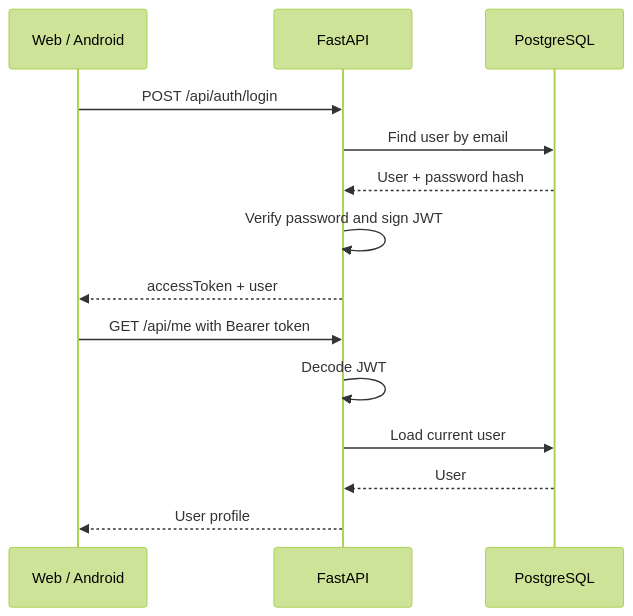
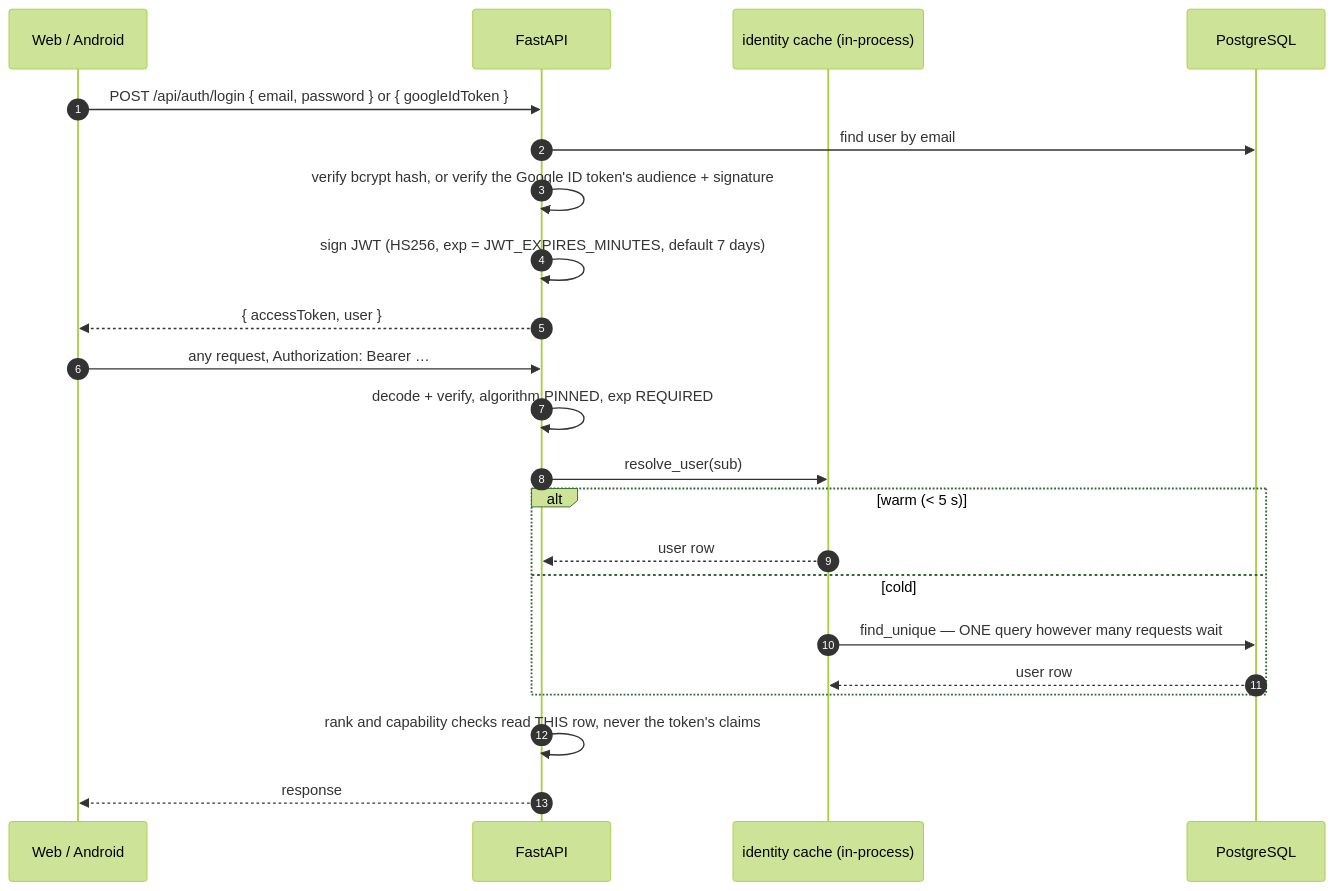
Before and after one commit to cxacraftecosystem-ui/documentation-portal: the fifth of 13 diagrams in docs/ARCHITECTURE.md, drawn with Mermaid (forest theme). The commit also changed other lines of this file and 278 other files, not shown here.

````diff
--- a/docs/ARCHITECTURE.md
+++ b/docs/ARCHITECTURE.md
@@ -53,17 +218,26 @@
 ```mermaid
 sequenceDiagram
-  participant Client as Web / Android
+  autonumber
+  participant C as Web / Android
   participant API as FastAPI
+  participant Cache as identity cache (in-process)
   participant DB as PostgreSQL
 
-  Client->>API: POST /api/auth/login
-  API->>DB: Find user by email
-  DB-->>API: User + password hash
-  API->>API: Verify password and sign JWT
-  API-->>Client: accessToken + user
-  Client->>API: GET /api/me with Bearer token
-  API->>API: Decode JWT
-  API->>DB: Load current user
-  DB-->>API: User
-  API-->>Client: User profile
+  C->>API: POST /api/auth/login { email, password } or { googleIdToken }
+  API->>DB: find user by email
+  API->>API: verify bcrypt hash, or verify the Google ID token's audience + signature
+  API->>API: sign JWT (HS256, exp = JWT_EXPIRES_MINUTES, default 7 days)
+  API-->>C: { accessToken, user }
+
+  C->>API: any request, Authorization: Bearer …
+  API->>API: decode + verify, algorithm PINNED, exp REQUIRED
+  API->>Cache: resolve_user(sub)
+  alt warm (< 5 s)
+    Cache-->>API: user row
+  else cold
+    Cache->>DB: find_unique — ONE query however many requests wait
+    DB-->>Cache: user row
+  end
+  API->>API: rank and capability checks read THIS row, never the token's claims
+  API-->>C: response
 ```
````
